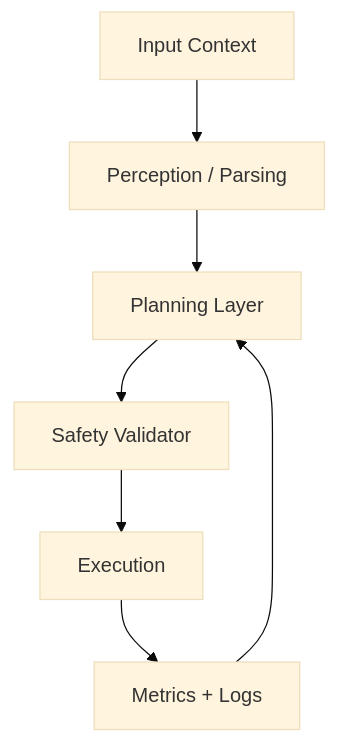
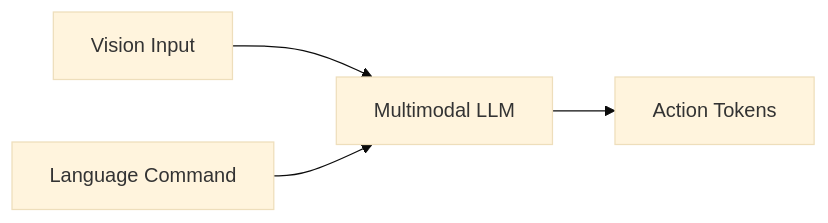
Before and after one commit to MariumAfzal2703/physical-ai-humanoid-robotics-textbook: the diagram in docs/module-4-vla/overview.mdx, drawn with Mermaid (base theme). The commit also changed other lines of this file and 31 other files, not shown here.

````diff
--- a/docs/module-4-vla/overview.mdx
+++ b/docs/module-4-vla/overview.mdx
@@ -125,9 +395,6 @@
 ```mermaid
-flowchart TD
-  A[Input Context] --> B[Perception / Parsing]
-  B --> C[Planning Layer]
-  C --> D[Safety Validator]
-  D --> E[Execution]
-  E --> F[Metrics + Logs]
-  F --> C
+flowchart LR
+  A[Vision Input] --> B[Multimodal LLM]
+  C[Language Command] --> B
+  B --> D[Action Tokens]
 ```
````
